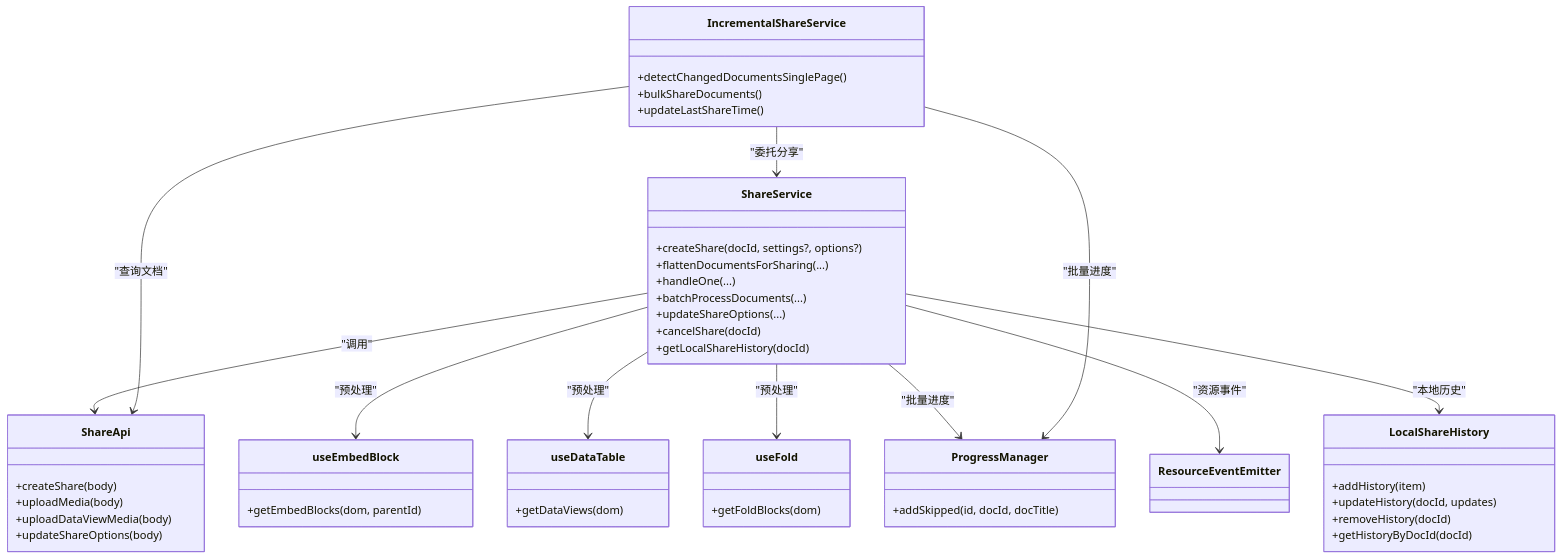
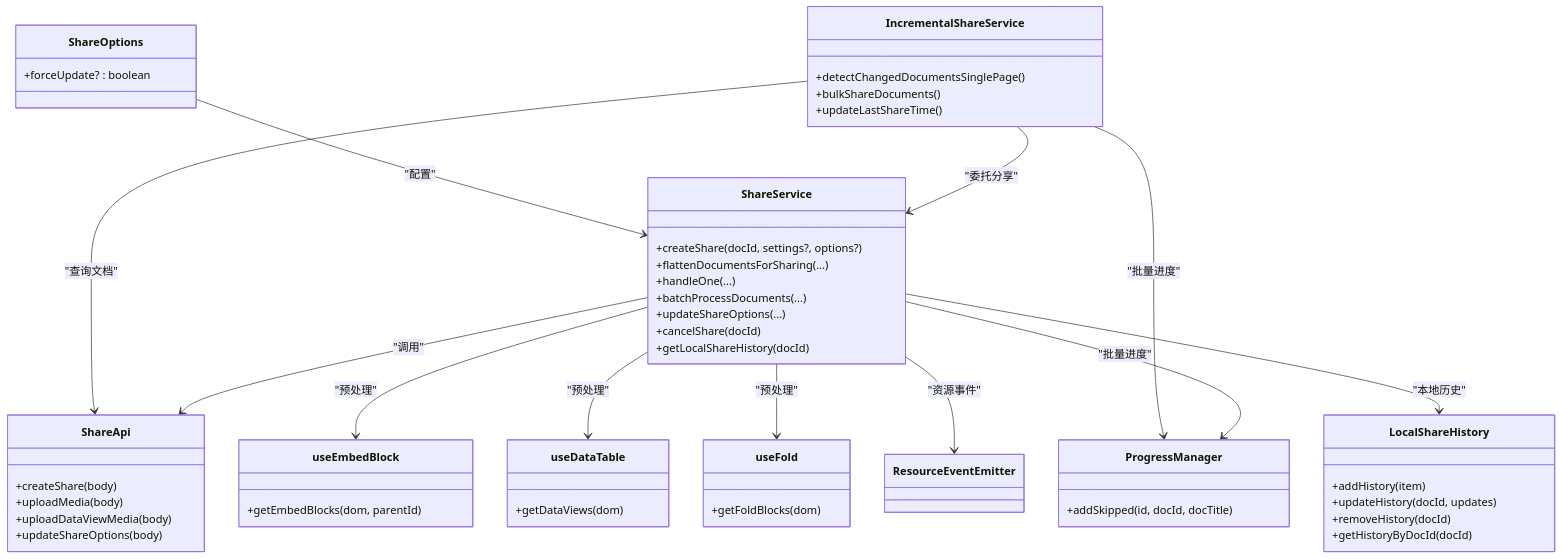
One commit to terwerinc/siyuan-plugin-share-pro changed the third of 3 diagrams in .qoder/repowiki/zh/content/架构设计/服务层架构/分享服务 (ShareService).md. Above: the diagram before and after it, drawn with Mermaid. The commit also changed other lines of this file and 5 other files, not shown here.

````diff
--- a/.qoder/repowiki/zh/content/架构设计/服务层架构/分享服务 (ShareService).md
+++ b/.qoder/repowiki/zh/content/架构设计/服务层架构/分享服务 (ShareService).md
@@ -397,52 +406,56 @@
 ```mermaid
 classDiagram
 class ShareService {
 +createShare(docId, settings?, options?)
 +flattenDocumentsForSharing(...)
 +handleOne(...)
 +batchProcessDocuments(...)
 +updateShareOptions(...)
 +cancelShare(docId)
 +getLocalShareHistory(docId)
 }
 class IncrementalShareService {
 +detectChangedDocumentsSinglePage()
 +bulkShareDocuments()
 +updateLastShareTime()
 }
 class LocalShareHistory {
 +addHistory(item)
 +updateHistory(docId, updates)
 +removeHistory(docId)
 +getHistoryByDocId(docId)
 }
 class ShareApi {
 +createShare(body)
 +uploadMedia(body)
 +uploadDataViewMedia(body)
 +updateShareOptions(body)
 }
 class useEmbedBlock {
 +getEmbedBlocks(dom, parentId)
 }
 class useDataTable {
 +getDataViews(dom)
 }
 class useFold {
 +getFoldBlocks(dom)
 }
 class ProgressManager {
 +addSkipped(id, docId, docTitle)
 }
 class ResourceEventEmitter
+class ShareOptions {
++forceUpdate? : boolean
+}
 ShareService --> ShareApi : "调用"
 ShareService --> useEmbedBlock : "预处理"
 ShareService --> useDataTable : "预处理"
 ShareService --> useFold : "预处理"
 ShareService --> ProgressManager : "批量进度"
 ShareService --> ResourceEventEmitter : "资源事件"
 ShareService --> LocalShareHistory : "本地历史"
 IncrementalShareService --> ShareService : "委托分享"
 IncrementalShareService --> ShareApi : "查询文档"
 IncrementalShareService --> ProgressManager : "批量进度"
+ShareOptions --> ShareService : "配置"
 ```
````
